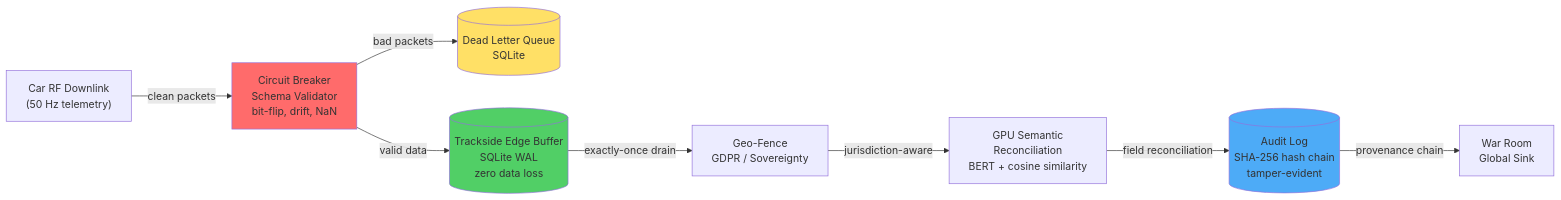
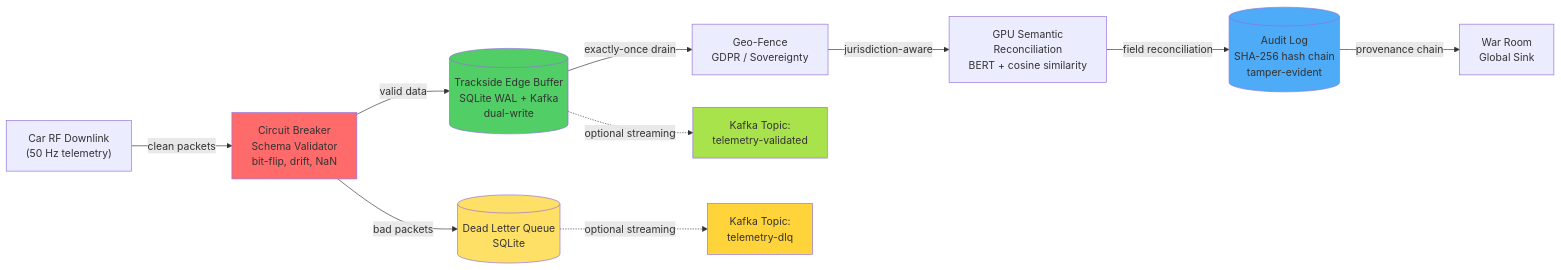
One commit to tarek-clarke/Web-Scraping-Demo changed the diagram in README.md. Above: the diagram before and after it, drawn with Mermaid. The commit also changed other lines of this file, not shown here.

First line of the commit message:
docs: incorporate Kafka/SQLite dual-output into README

````diff
--- a/README.md
+++ b/README.md
@@ -76,24 +77,30 @@
 ```mermaid
 flowchart LR
     RF["Car RF Downlink<br/>(50 Hz telemetry)"]
     CB["Circuit Breaker<br/>Schema Validator<br/>bit-flip, drift, NaN"]
     DLQ[("Dead Letter Queue<br/>SQLite")]
-    EDGE[("Trackside Edge Buffer<br/>SQLite WAL<br/>zero data loss")]
+    EDGE[("Trackside Edge Buffer<br/>SQLite WAL + Kafka<br/>dual-write")]
     GEO["Geo-Fence<br/>GDPR / Sovereignty"]
     BERT["GPU Semantic<br/>Reconciliation<br/>BERT + cosine similarity"]
     AUDIT[("Audit Log<br/>SHA-256 hash chain<br/>tamper-evident")]
     SINK["War Room<br/>Global Sink"]
+    KAFKA_VALID["Kafka Topic:<br/>telemetry-validated"]
+    KAFKA_DLQ["Kafka Topic:<br/>telemetry-dlq"]
 
     RF -->|clean packets| CB
     CB -->|bad packets| DLQ
     CB -->|valid data| EDGE
     EDGE -->|exactly-once drain| GEO
+    EDGE -.->|optional streaming| KAFKA_VALID
+    DLQ -.->|optional streaming| KAFKA_DLQ
     GEO -->|jurisdiction-aware| BERT
     BERT -->|field reconciliation| AUDIT
     AUDIT -->|provenance chain| SINK
 
     style CB fill:#ff6b6b
     style DLQ fill:#ffe066
     style EDGE fill:#51cf66
     style AUDIT fill:#4dabf7
+    style KAFKA_VALID fill:#a9e34b
+    style KAFKA_DLQ fill:#ffd43b
 ```
````
